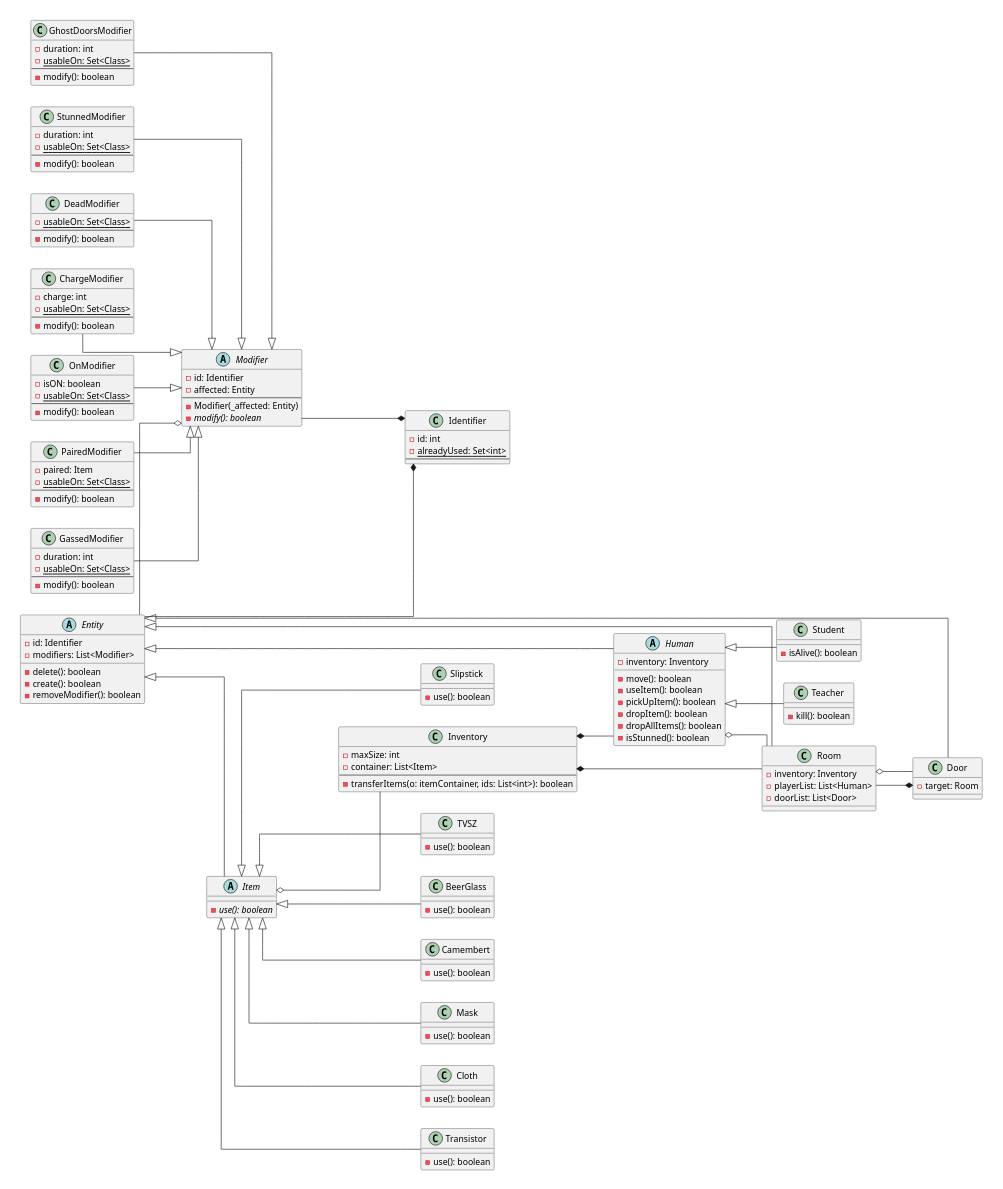
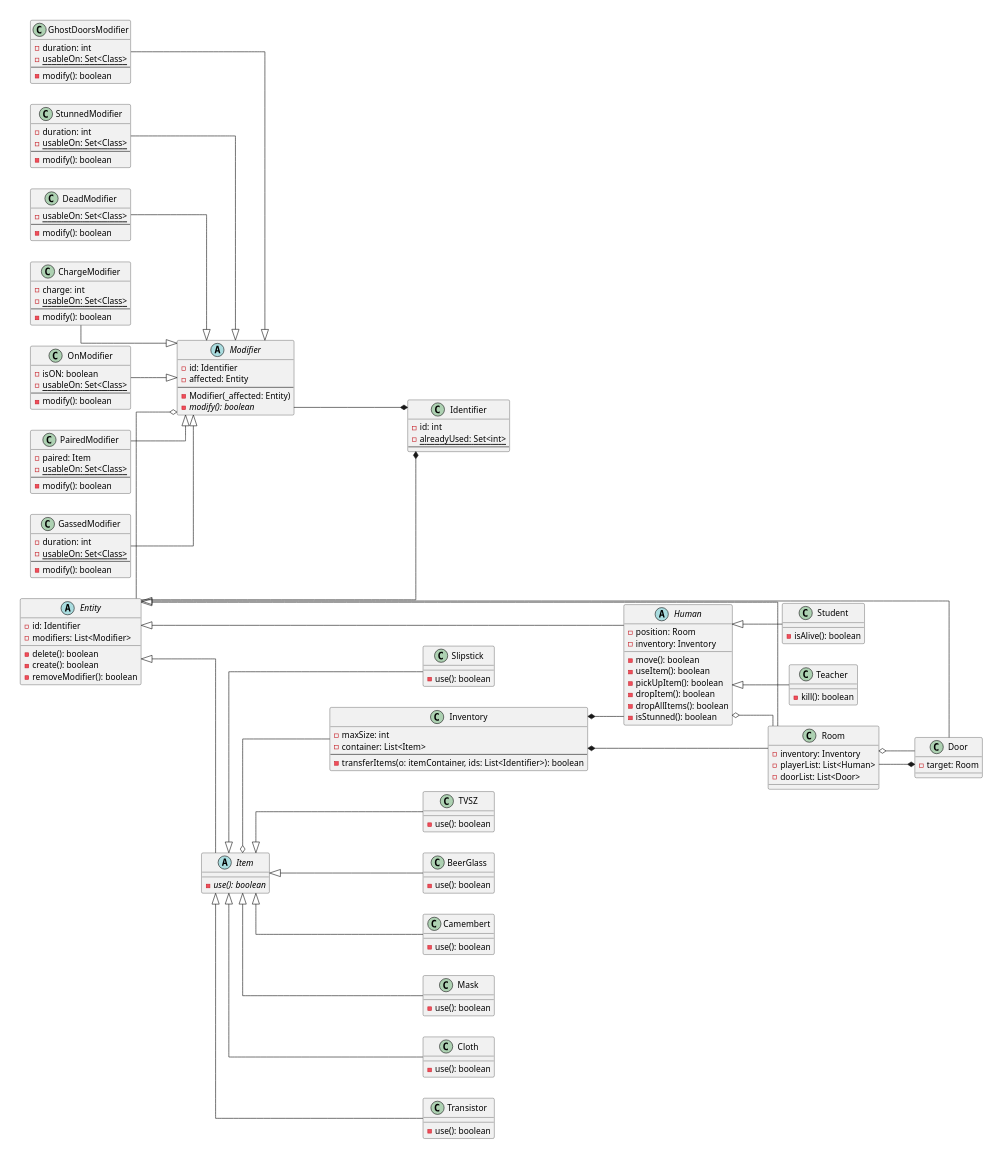
The diagram in resources/class_diagram/basic.puml (MysticMazeEducators/.github), drawn with PlantUML before and after one commit. The commit also changed 4 other files, not shown here.

```diff
--- a/resources/class_diagram/basic.puml
+++ b/resources/class_diagram/basic.puml
@@ -1,173 +1,174 @@
 @startuml
 scale 500 width
 left to right direction
 skinparam linetype ortho
 
 class Identifier{
   -id: int
   -alreadyUsed: Set<int> {static}
   --
 }
 
 abstract class Modifier{
   -id: Identifier
   -affected: Entity
   --
   -Modifier(_affected: Entity)
   -modify(): boolean {abstract}
 }
 
 'Item modifiers
 class ChargeModifier{
   -charge: int
   -usableOn: Set<Class> {static}
   --
   -modify(): boolean
 }
 
 class OnModifier{
   -isON: boolean
   -usableOn: Set<Class> {static}
   --
   -modify(): boolean
 }
 
 class PairedModifier{
   -paired: Item
   -usableOn: Set<Class> {static}
   --
   -modify(): boolean
 }
 
 'Room modifiers
 class GassedModifier{
   -duration: int
   -usableOn: Set<Class> {static}
   --
   -modify(): boolean
 }
 
 class GhostDoorsModifier{
   -duration: int
   -usableOn: Set<Class> {static}
   --
   -modify(): boolean
 }
 
 
 'Human modifiers
 class StunnedModifier{
   -duration: int
   -usableOn: Set<Class> {static}
   --
   -modify(): boolean
 }
 
 class DeadModifier{
   -usableOn: Set<Class> {static}
   --
   -modify(): boolean
 }
 
 abstract class Entity{
   -id: Identifier
   -modifiers: List<Modifier>
   __
   -delete(): boolean
   -create(): boolean
   -removeModifier(): boolean
 }
 
 abstract class Human{
+  -position: Room
   -inventory: Inventory
   __
   -move(): boolean
   -useItem(): boolean
   -pickUpItem(): boolean
   -dropItem(): boolean
   -dropAllItems(): boolean
   -isStunned(): boolean
 }
 class Student{
   -isAlive(): boolean
 }
 class Teacher{
   -kill(): boolean
 }
 abstract class Item{
   -use(): boolean {abstract}
 }
 class TVSZ{
   __
   -use(): boolean
 }
 class BeerGlass{
   __
   -use(): boolean
 }
 class Camembert{
   __
   -use(): boolean
 }
 class Mask{
   __
   -use(): boolean
 }
 class Cloth{
   __
   -use(): boolean
 }
 class Transistor{
   __
   -use(): boolean
 }
 class Slipstick{
   __
   -use(): boolean
 }
 class Door{
   -target: Room
 }
 class Room{
  -inventory: Inventory
  -playerList: List<Human>
  -doorList: List<Door>
 }
 class Inventory{
  -maxSize: int
  -container: List<Item>
  --
- -transferItems(o: itemContainer, ids: List<int>): boolean
+ -transferItems(o: itemContainer, ids: List<Identifier>): boolean
 }
 
 ChargeModifier --|> Modifier
 OnModifier --|> Modifier
 GassedModifier --|> Modifier
 GhostDoorsModifier --|> Modifier
 StunnedModifier --|> Modifier
 DeadModifier --|> Modifier
 PairedModifier --|> Modifier
 
 Modifier --* Identifier
 Entity --* Identifier
 Entity --o Modifier
 Entity <|-- Human
 Entity <|-- Item
 Entity <|-- Room
 Entity <|-- Door
 Human <|-- Student
 Human <|-- Teacher
 Inventory *-- Human
 Inventory *-- Room
 Item <|-- TVSZ
 Item <|-- BeerGlass
 Item <|-- Camembert
 Item <|-- Mask
 Item <|-- Cloth
 Item <|-- Transistor
 Item <|-- Slipstick
 Item o-- Inventory
 Door *-- Room
 Room o-- Door
 Human o-- Room
 @enduml
```
